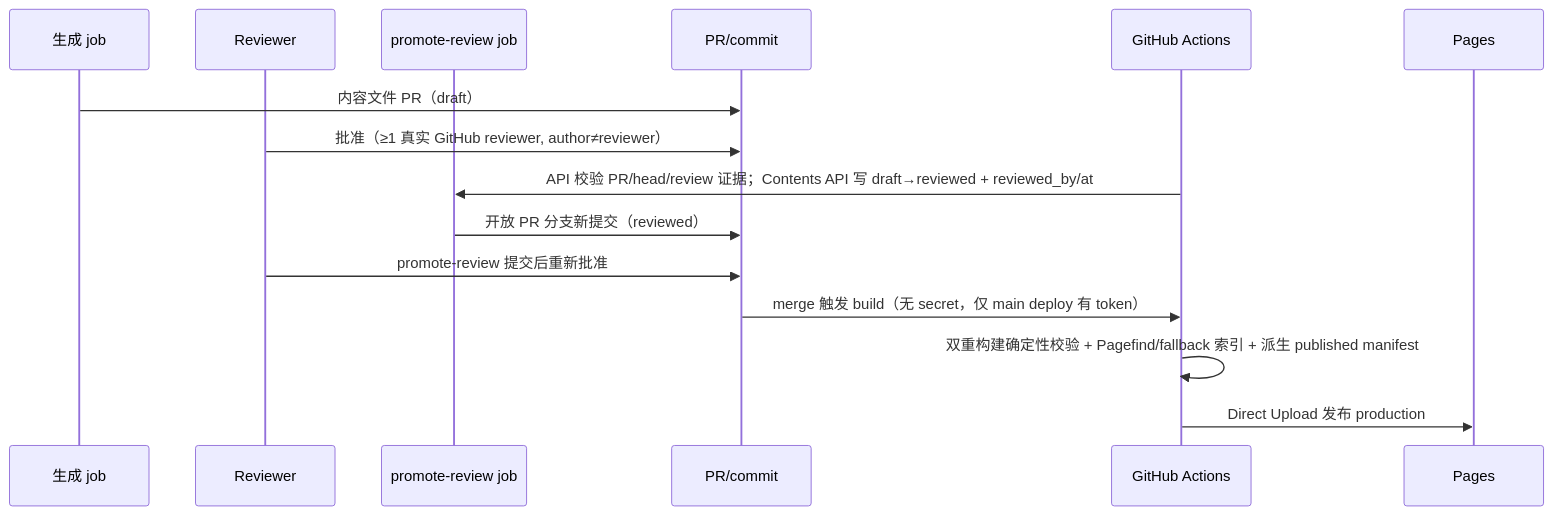
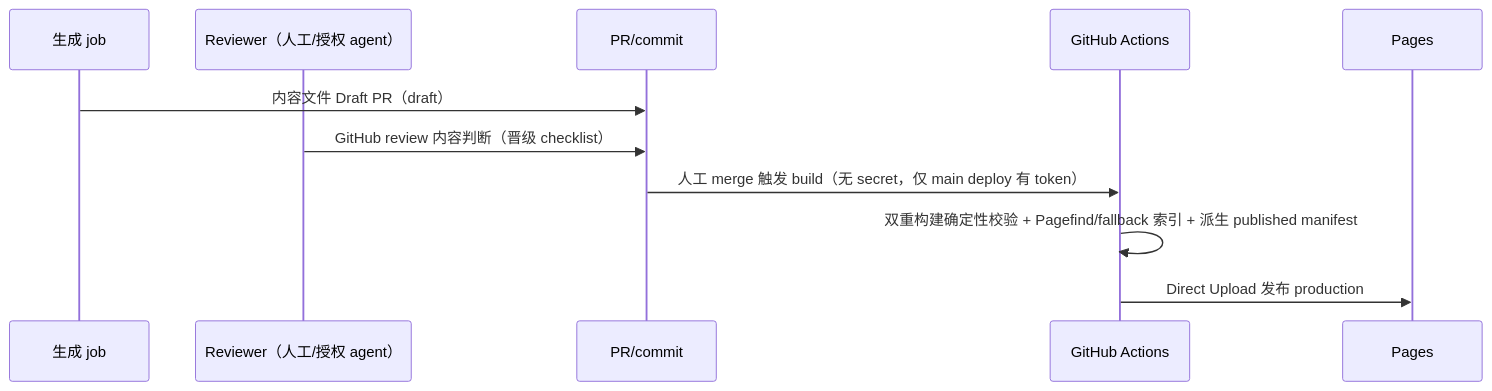
One commit to ariga39/momoko.pro changed the second of 5 diagrams in docs/design.md. Above: the diagram before and after it, drawn with Mermaid. The commit also changed other lines of this file and 8 other files, not shown here.

````diff
--- a/docs/design.md
+++ b/docs/design.md
@@ -372,17 +364,13 @@
 ```mermaid
 sequenceDiagram
   participant G as 生成 job
-  participant R as Reviewer
-  participant B as promote-review job
+  participant R as Reviewer（人工/授权 agent）
   participant PR as PR/commit
   participant CI as GitHub Actions
   participant P as Pages
-  G->>PR: 内容文件 PR（draft）
-  R->>PR: 批准（≥1 真实 GitHub reviewer, author≠reviewer）
-  CI->>B: API 校验 PR/head/review 证据；Contents API 写 draft→reviewed + reviewed_by/at
-  B->>PR: 开放 PR 分支新提交（reviewed）
-  R->>PR: promote-review 提交后重新批准
-  PR->>CI: merge 触发 build（无 secret，仅 main deploy 有 token）
+  G->>PR: 内容文件 Draft PR（draft）
+  R->>PR: GitHub review 内容判断（晋级 checklist）
+  PR->>CI: 人工 merge 触发 build（无 secret，仅 main deploy 有 token）
   CI->>CI: 双重构建确定性校验 + Pagefind/fallback 索引 + 派生 published manifest
   CI->>P: Direct Upload 发布 production
 ```
````
